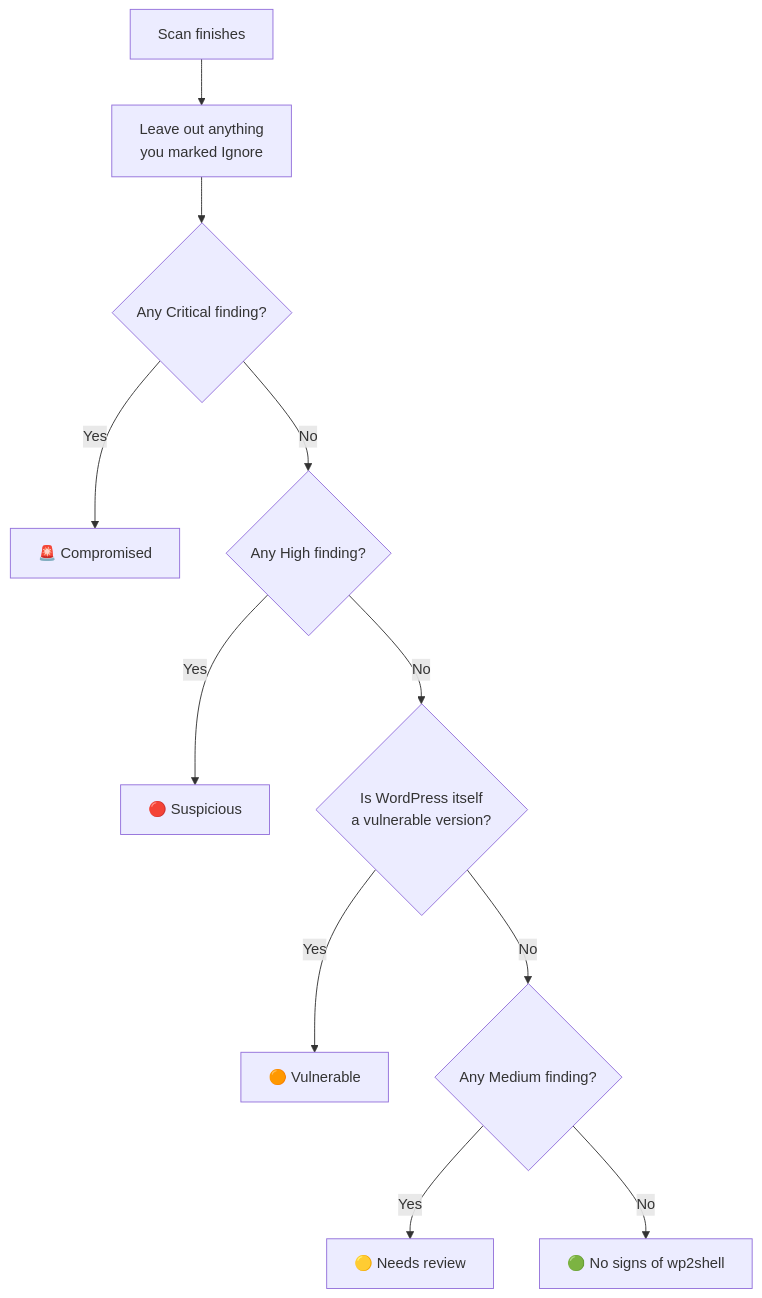
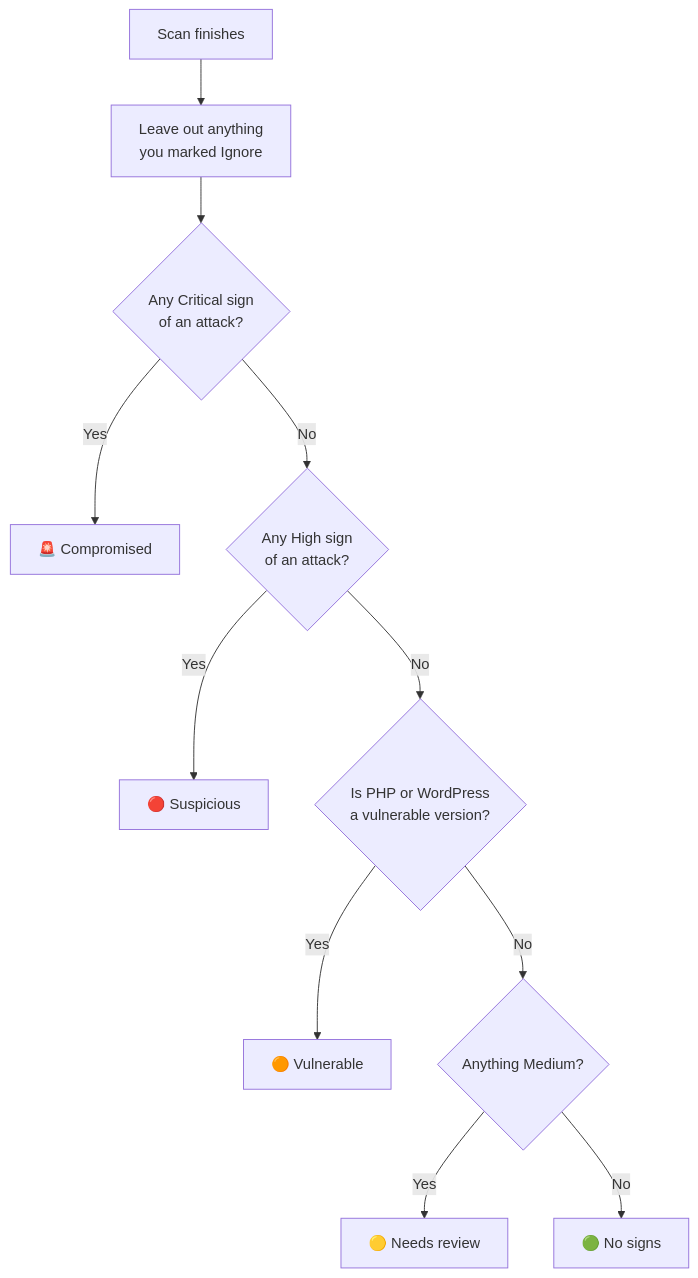
Before and after one commit to CptNope/JAT-Shell-Scanner: the fifth of 14 diagrams in README.md, drawn with Mermaid. The commit also changed other lines of this file and 20 other files, not shown here.

````diff
--- a/README.md
+++ b/README.md
@@ -154,13 +208,13 @@
 ```mermaid
 flowchart TD
     S["Scan finishes"] --> X["Leave out anything<br/>you marked Ignore"]
-    X --> C{"Any Critical finding?"}
+    X --> C{"Any Critical sign<br/>of an attack?"}
     C -- Yes --> R1["🚨 Compromised"]
-    C -- No --> H{"Any High finding?"}
+    C -- No --> H{"Any High sign<br/>of an attack?"}
     H -- Yes --> R2["🔴 Suspicious"]
-    H -- No --> V{"Is WordPress itself<br/>a vulnerable version?"}
+    H -- No --> V{"Is PHP or WordPress<br/>a vulnerable version?"}
     V -- Yes --> R3["🟠 Vulnerable"]
-    V -- No --> M{"Any Medium finding?"}
+    V -- No --> M{"Anything Medium?"}
     M -- Yes --> R4["🟡 Needs review"]
-    M -- No --> R5["🟢 No signs of wp2shell"]
+    M -- No --> R5["🟢 No signs"]
 ```
````
